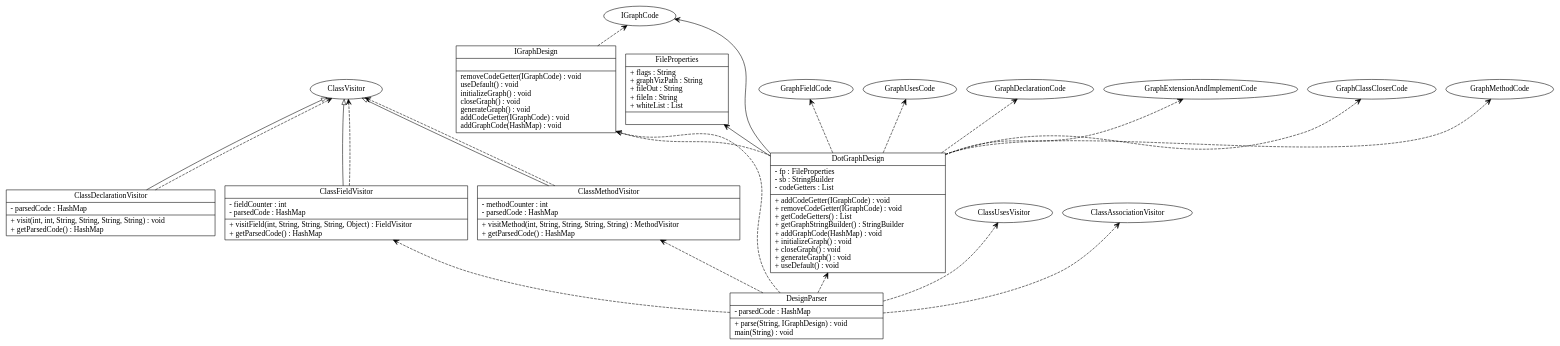
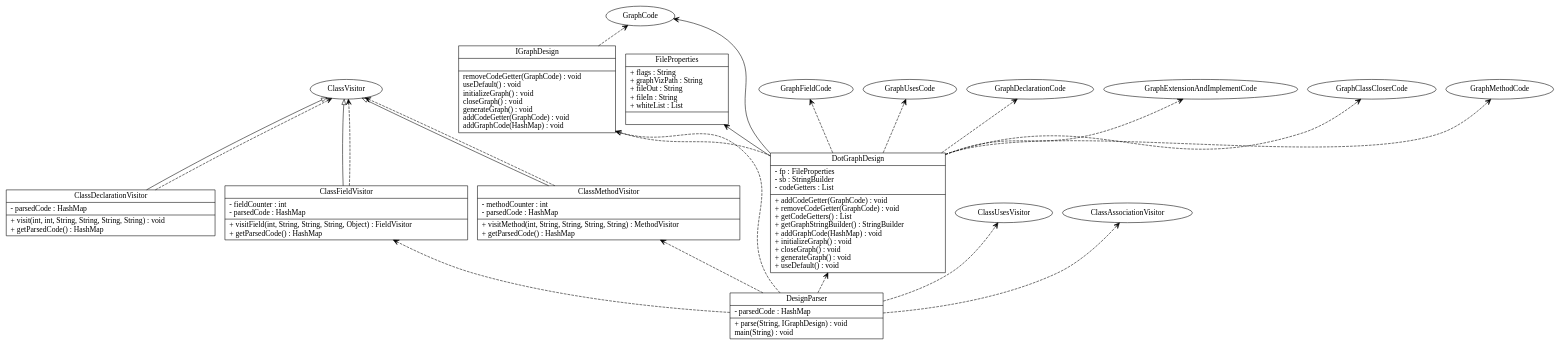
The diagram in input_output/374Project.gv (JGSquared/374Project), drawn with Graphviz before and after one commit. The commit also changed 14 other files, not shown here.

```diff
--- a/input_output/374Project.gv
+++ b/input_output/374Project.gv
@@ -1,24 +1,24 @@
 digraph G{
 rankdir=BT;
 ClassDeclarationVisitor [
 shape="record",
 label = "{ClassDeclarationVisitor|- parsedCode : HashMap\l|+ visit(int, int, String, String, String, String) : void\l+ getParsedCode() : HashMap\l}"
 ];ClassDeclarationVisitor -> ClassVisitor [arrowhead="onormal", style="solid"];ClassDeclarationVisitor -> ClassVisitor [arrowhead="open", style="dashed"];ClassFieldVisitor [
 shape="record",
 label = "{ClassFieldVisitor|- fieldCounter : int\l- parsedCode : HashMap\l|+ visitField(int, String, String, String, Object) : FieldVisitor\l+ getParsedCode() : HashMap\l}"
 ];ClassFieldVisitor -> ClassVisitor [arrowhead="onormal", style="solid"];ClassFieldVisitor -> ClassVisitor [arrowhead="open", style="dashed"];ClassMethodVisitor [
 shape="record",
 label = "{ClassMethodVisitor|- methodCounter : int\l- parsedCode : HashMap\l|+ visitMethod(int, String, String, String, String) : MethodVisitor\l+ getParsedCode() : HashMap\l}"
 ];ClassMethodVisitor -> ClassVisitor [arrowhead="onormal", style="solid"];ClassMethodVisitor -> ClassVisitor [arrowhead="open", style="dashed"];DesignParser [
 shape="record",
 label = "{DesignParser|- parsedCode : HashMap\l|+ parse(String, IGraphDesign) : void\l main(String) : void\l}"
 ];DesignParser -> IGraphDesign [arrowhead="open", style="dashed"];DesignParser -> DotGraphDesign [arrowhead="open", style="dashed"];DesignParser -> ClassUsesVisitor [arrowhead="open", style="dashed"];DesignParser -> ClassAssociationVisitor [arrowhead="open", style="dashed"];DesignParser -> ClassFieldVisitor [arrowhead="open", style="dashed"];DesignParser -> ClassMethodVisitor [arrowhead="open", style="dashed"];DotGraphDesign [
 shape="record",
-label = "{DotGraphDesign|- fp : FileProperties\l- sb : StringBuilder\l- codeGetters : List\l|+ addCodeGetter(IGraphCode) : void\l+ removeCodeGetter(IGraphCode) : void\l+ getCodeGetters() : List\l+ getGraphStringBuilder() : StringBuilder\l+ addGraphCode(HashMap) : void\l+ initializeGraph() : void\l+ closeGraph() : void\l+ generateGraph() : void\l+ useDefault() : void\l}"
-];DotGraphDesign -> IGraphDesign [arrowhead="onormal", style="dashed"];DotGraphDesign -> FileProperties [arrowhead="open", style="solid"];DotGraphDesign -> IGraphCode [arrowhead="open", style="solid"];DotGraphDesign -> GraphFieldCode [arrowhead="open", style="dashed"];DotGraphDesign -> GraphUsesCode [arrowhead="open", style="dashed"];DotGraphDesign -> GraphDeclarationCode [arrowhead="open", style="dashed"];DotGraphDesign -> GraphExtensionAndImplementCode [arrowhead="open", style="dashed"];DotGraphDesign -> GraphClassCloserCode [arrowhead="open", style="dashed"];DotGraphDesign -> GraphMethodCode [arrowhead="open", style="dashed"];FileProperties [
+label = "{DotGraphDesign|- fp : FileProperties\l- sb : StringBuilder\l- codeGetters : List\l|+ addCodeGetter(GraphCode) : void\l+ removeCodeGetter(GraphCode) : void\l+ getCodeGetters() : List\l+ getGraphStringBuilder() : StringBuilder\l+ addGraphCode(HashMap) : void\l+ initializeGraph() : void\l+ closeGraph() : void\l+ generateGraph() : void\l+ useDefault() : void\l}"
+];DotGraphDesign -> IGraphDesign [arrowhead="onormal", style="dashed"];DotGraphDesign -> FileProperties [arrowhead="open", style="solid"];DotGraphDesign -> GraphCode [arrowhead="open", style="solid"];DotGraphDesign -> GraphFieldCode [arrowhead="open", style="dashed"];DotGraphDesign -> GraphUsesCode [arrowhead="open", style="dashed"];DotGraphDesign -> GraphDeclarationCode [arrowhead="open", style="dashed"];DotGraphDesign -> GraphExtensionAndImplementCode [arrowhead="open", style="dashed"];DotGraphDesign -> GraphClassCloserCode [arrowhead="open", style="dashed"];DotGraphDesign -> GraphMethodCode [arrowhead="open", style="dashed"];FileProperties [
 shape="record",
 label = "{FileProperties|+ flags : String\l+ graphVizPath : String\l+ fileOut : String\l+ fileIn : String\l+ whiteList : List\l|}"
 ];IGraphDesign [
 shape="record",
-label = "{IGraphDesign|| removeCodeGetter(IGraphCode) : void\l useDefault() : void\l initializeGraph() : void\l closeGraph() : void\l generateGraph() : void\l addCodeGetter(IGraphCode) : void\l addGraphCode(HashMap) : void\l}"
-];IGraphDesign -> IGraphCode [arrowhead="open", style="dashed"];}
+label = "{IGraphDesign|| removeCodeGetter(GraphCode) : void\l useDefault() : void\l initializeGraph() : void\l closeGraph() : void\l generateGraph() : void\l addCodeGetter(GraphCode) : void\l addGraphCode(HashMap) : void\l}"
+];IGraphDesign -> GraphCode [arrowhead="open", style="dashed"];}
```
